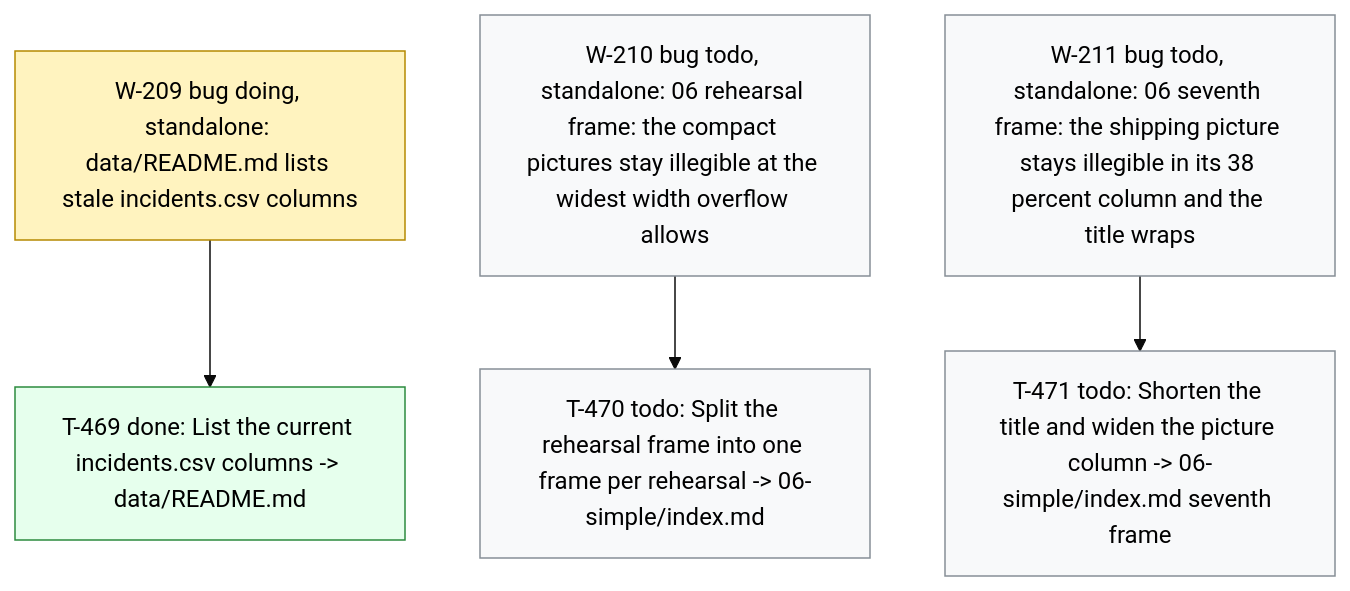
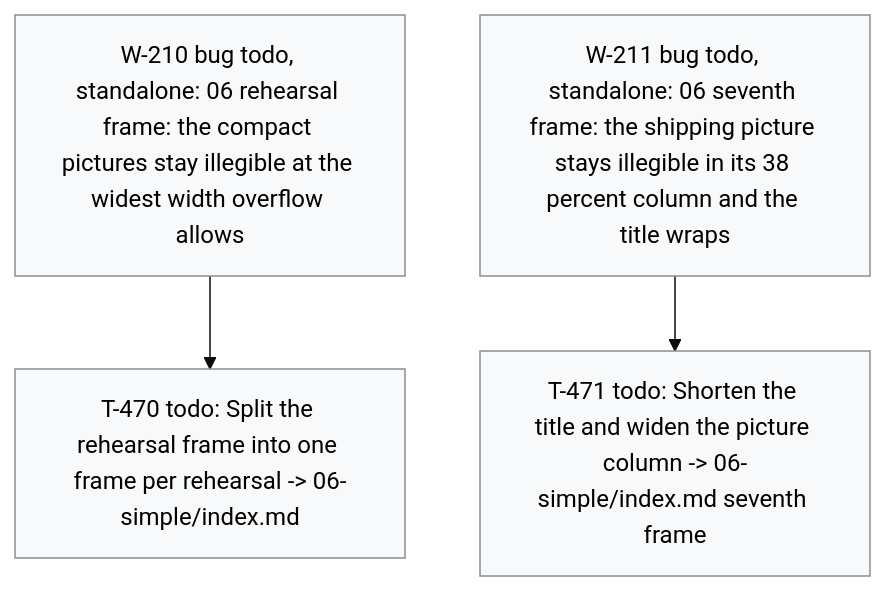
Before and after one commit to dpopchev/chaos-to-simple: the diagram in .board/BOARD.md, drawn with Mermaid (base theme). The commit also changed other lines of this file and 3 other files, not shown here.

````diff
--- a/.board/BOARD.md
+++ b/.board/BOARD.md
@@ -1234,17 +1239,13 @@
 ```mermaid
 flowchart TD
-  W209["W-209 bug doing, standalone: data/README.md lists stale incidents.csv columns"]
-  W209 --> T469["T-469 done: List the current incidents.csv columns -> data/README.md"]
   W210["W-210 bug todo, standalone: 06 rehearsal frame: the compact pictures stay illegible at the widest width overflow allows"]
   W210 --> T470["T-470 todo: Split the rehearsal frame into one frame per rehearsal -> 06-simple/index.md"]
   W211["W-211 bug todo, standalone: 06 seventh frame: the shipping picture stays illegible in its 38 percent column and the title wraps"]
   W211 --> T471["T-471 todo: Shorten the title and widen the picture column -> 06-simple/index.md seventh frame"]
   classDef doing fill:#fff3bf,stroke:#b58900,color:#000;
   classDef blocked fill:#ffe3e3,stroke:#c92a2a,color:#000;
   classDef done fill:#e6ffed,stroke:#2b8a3e,color:#000;
   classDef todo fill:#f8f9fa,stroke:#868e96,color:#000;
   classDef pruned fill:#f1f3f5,stroke:#adb5bd,color:#000;
-  class W209 doing
-  class T469 done
   class W210,T470,W211,T471 todo
 ```
````
